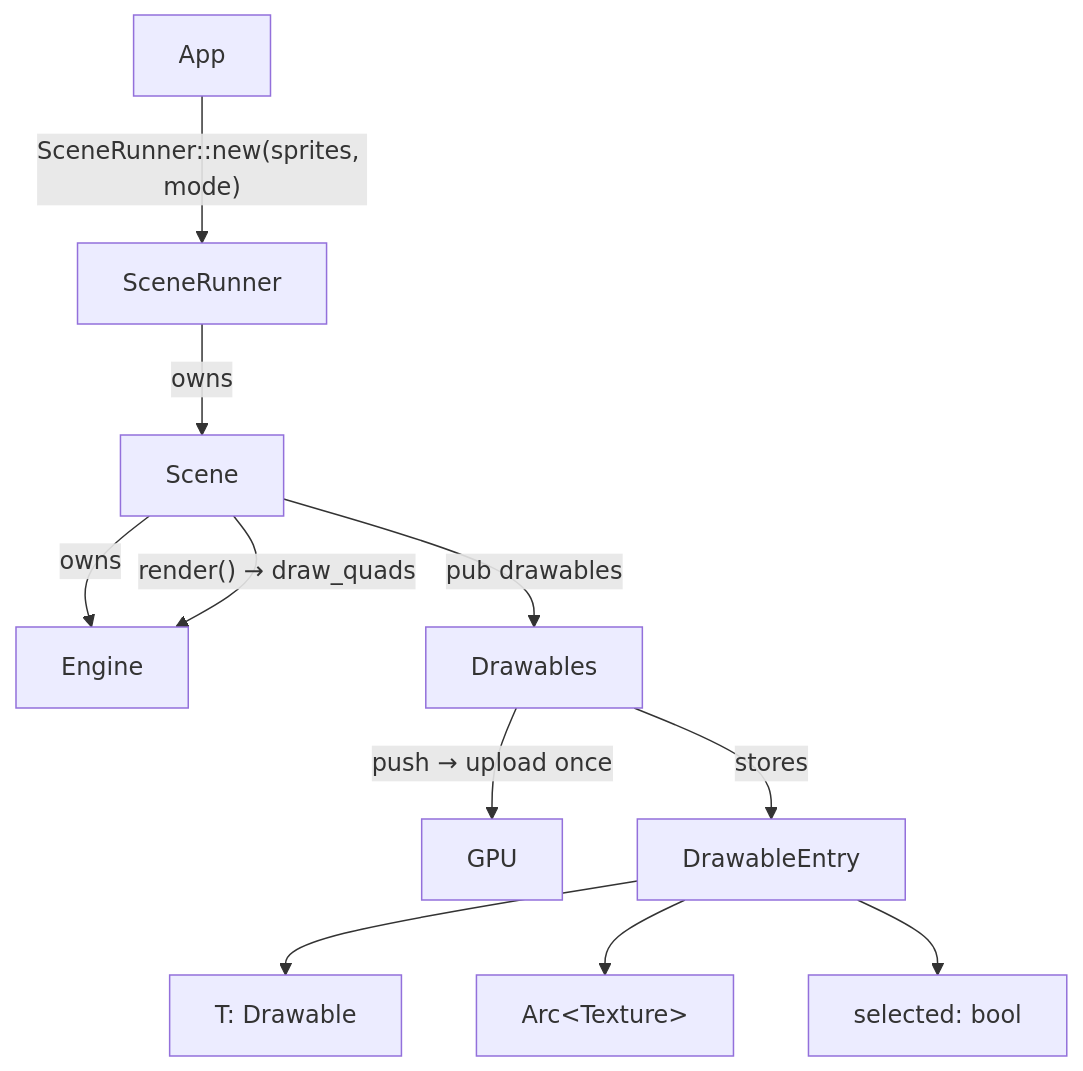
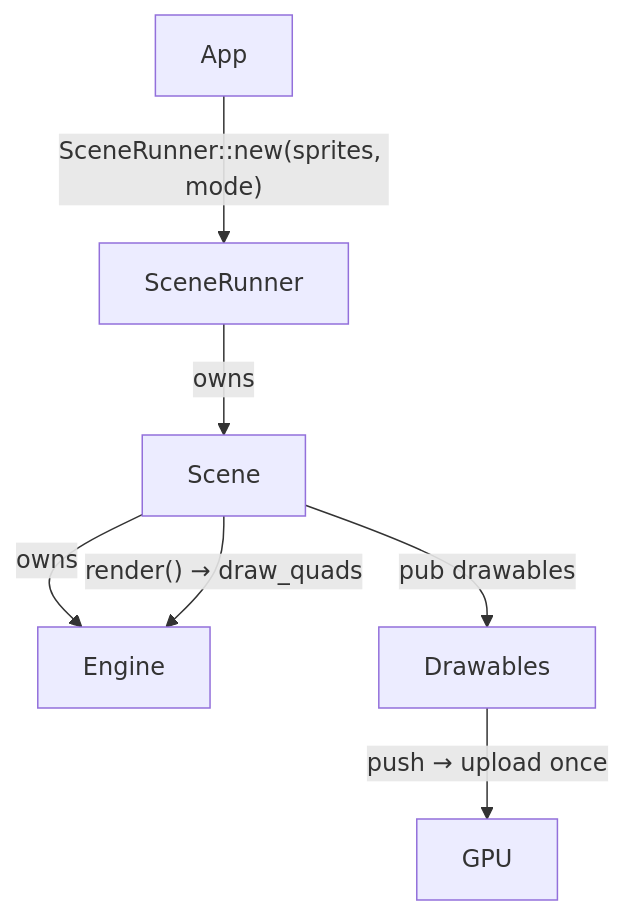
One commit to hadeutscher/HaBoard changed the diagram in README.md. Above: the diagram before and after it, drawn with Mermaid. The commit also changed other lines of this file and 15 other files, not shown here.

````diff
--- a/README.md
+++ b/README.md
@@ -130,13 +38,9 @@
 ```mermaid
 graph TD
     App:::accent0 -->|"SceneRunner::new(sprites, mode)"| SceneRunner:::accent3
     SceneRunner -->|owns| Scene:::accent3
     Scene -->|owns| Engine:::accent1
     Scene -->|"pub drawables"| Drawables:::accent2
     Drawables -->|"push → upload once"| GPU:::accent4
-    Drawables -->|stores| DrawableEntry:::accent2
-    DrawableEntry --> T["T: Drawable"]:::accent0
-    DrawableEntry --> Texture["Arc&lt;Texture&gt;"]:::accent5
-    DrawableEntry --> Selected["selected: bool"]:::accent6
     Scene -->|"render() → draw_quads"| Engine
 ```
````
